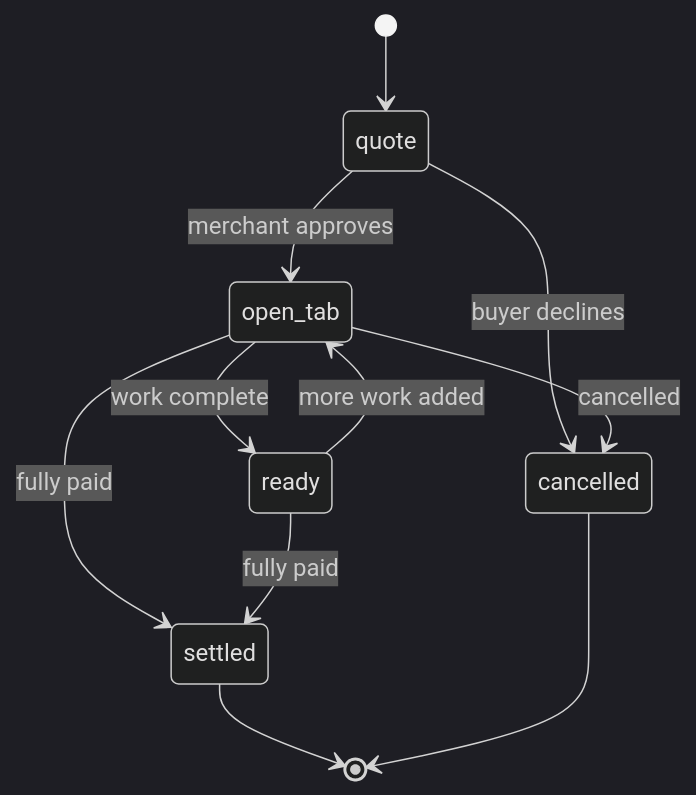
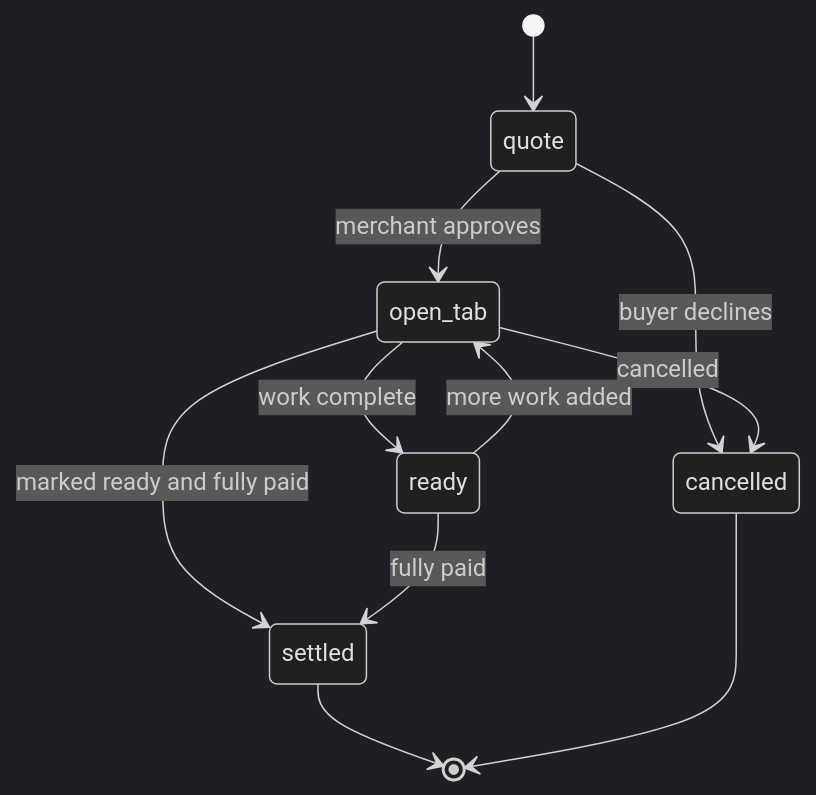
The second of 3 diagrams in docs/data-model.md (piyush-sawhney/startlite), drawn with Mermaid (dark theme) before and after one commit. The commit also changed other lines of this file and 44 other files, not shown here.

````diff
--- a/docs/data-model.md
+++ b/docs/data-model.md
@@ -498,13 +498,13 @@
 ```mermaid
 stateDiagram-v2
     [*] --> quote
     quote --> open_tab : merchant approves
     quote --> cancelled : buyer declines
     open_tab --> ready : work complete
-    open_tab --> settled : fully paid
+    open_tab --> settled : marked ready and fully paid
     open_tab --> cancelled : cancelled
     ready --> settled : fully paid
     ready --> open_tab : more work added
     settled --> [*]
     cancelled --> [*]
 ```
````
